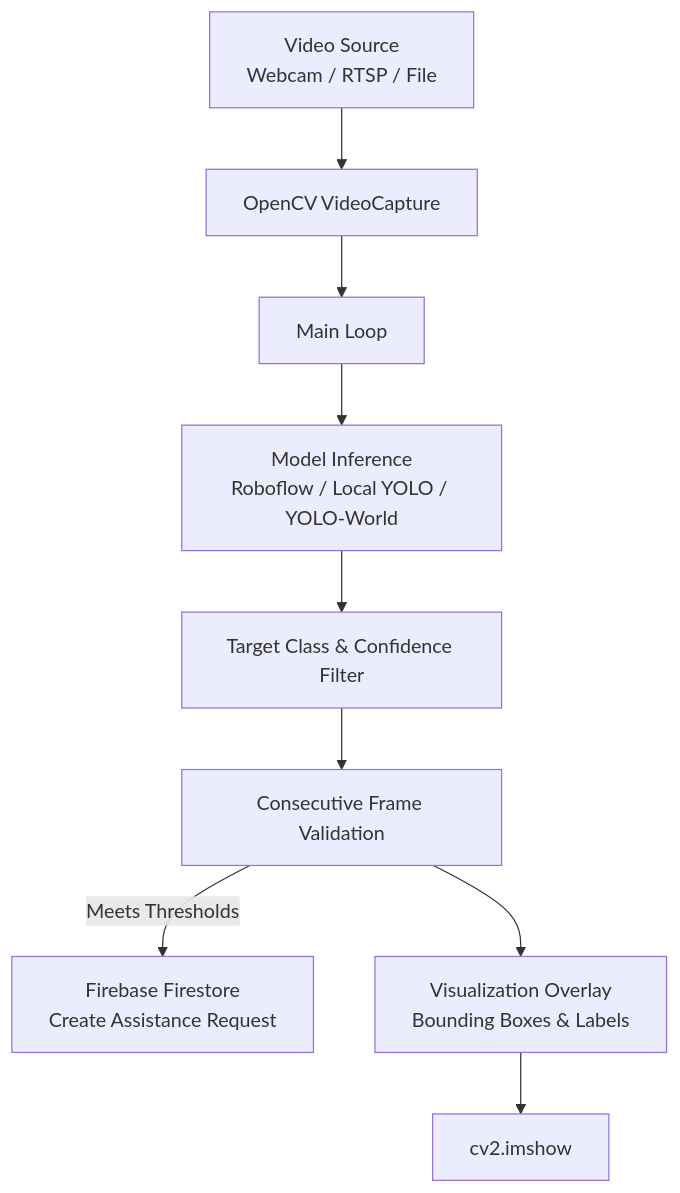
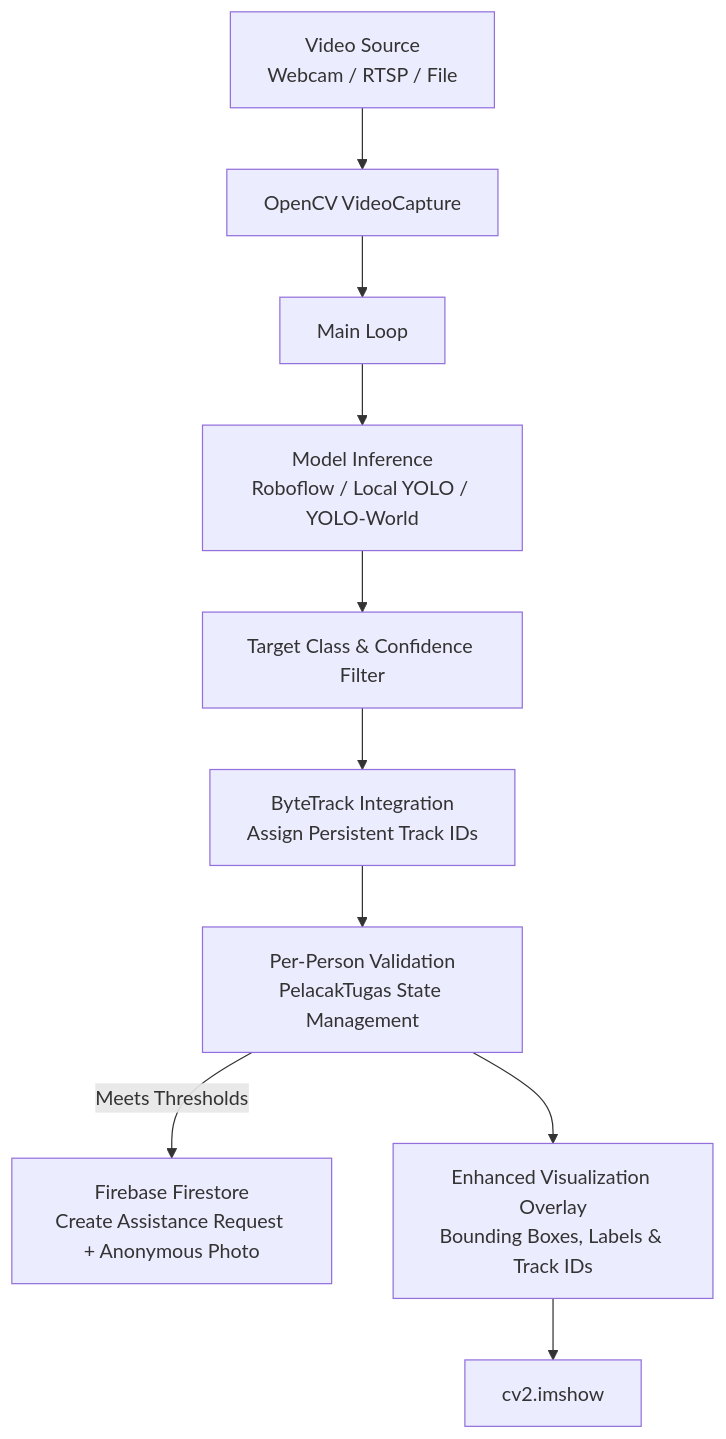
Before and after one commit to rdsarjito/whoosh-ramah: the second of 7 diagrams in .qoder/repowiki/en/content/AI Detection System/Detection Pipeline.md, drawn with Mermaid. The commit also changed other lines of this file and 68 other files, not shown here.

````diff
--- a/.qoder/repowiki/en/content/AI Detection System/Detection Pipeline.md
+++ b/.qoder/repowiki/en/content/AI Detection System/Detection Pipeline.md
@@ -84,11 +102,12 @@
 ```mermaid
 graph TB
 Cam["Video Source<br/>Webcam / RTSP / File"] --> VC["OpenCV VideoCapture"]
 VC --> Loop["Main Loop"]
 Loop --> Detect["Model Inference<br/>Roboflow / Local YOLO / YOLO-World"]
 Detect --> Filter["Target Class & Confidence Filter"]
-Filter --> Validate["Consecutive Frame Validation"]
-Validate --> |Meets Thresholds| Firebase["Firebase Firestore<br/>Create Assistance Request"]
-Validate --> Overlay["Visualization Overlay<br/>Bounding Boxes & Labels"]
+Filter --> Track["ByteTrack Integration<br/>Assign Persistent Track IDs"]
+Track --> Validate["Per-Person Validation<br/>PelacakTugas State Management"]
+Validate --> |Meets Thresholds| Firebase["Firebase Firestore<br/>Create Assistance Request + Anonymous Photo"]
+Validate --> Overlay["Enhanced Visualization Overlay<br/>Bounding Boxes, Labels & Track IDs"]
 Overlay --> Display["cv2.imshow"]
 ```
````
